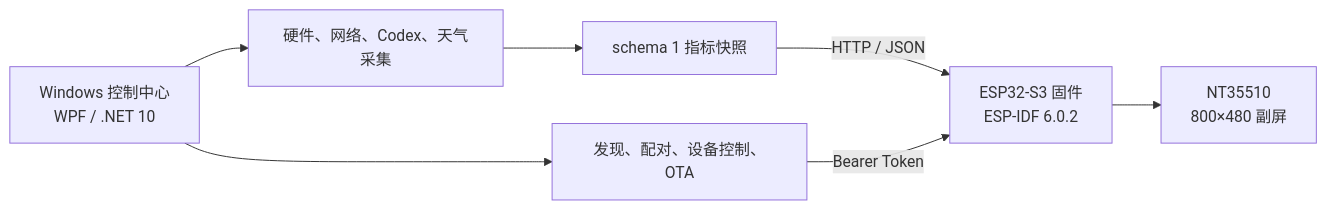
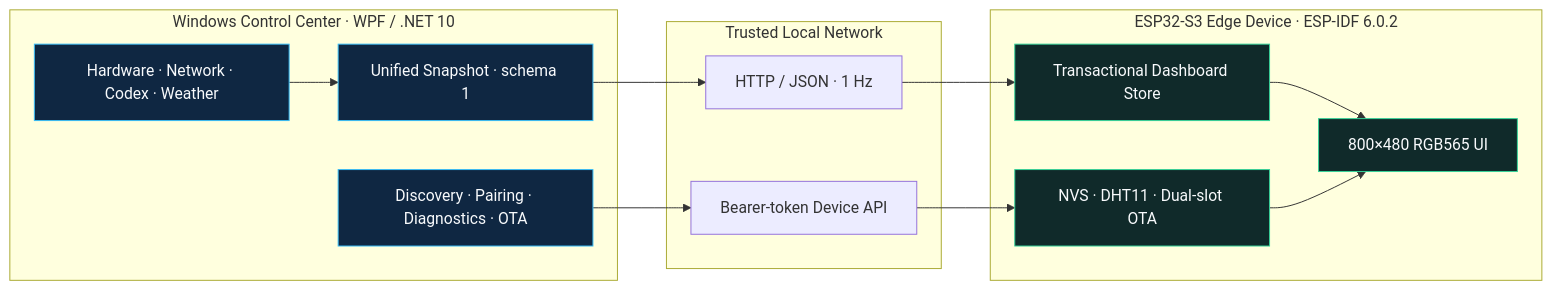
One commit to Solismuchengxue/Solis_Monitor changed the diagram in README.md. Above: the diagram before and after it, drawn with Mermaid. The commit also changed other lines of this file, not shown here.

````diff
--- a/README.md
+++ b/README.md
@@ -37,9 +64,30 @@
 ```mermaid
 flowchart LR
-    A["Windows 控制中心<br/>WPF / .NET 10"] --> B["硬件、网络、Codex、天气采集"]
-    B --> C["schema 1 指标快照"]
-    C -->|"HTTP / JSON"| D["ESP32-S3 固件<br/>ESP-IDF 6.0.2"]
-    A --> E["发现、配对、设备控制、OTA"]
-    E -->|"Bearer Token"| D
-    D --> F["NT35510<br/>800×480 副屏"]
+    subgraph PC["Windows Control Center · WPF / .NET 10"]
+        A["Hardware · Network · Codex · Weather"]
+        B["Unified Snapshot · schema 1"]
+        C["Discovery · Pairing · Diagnostics · OTA"]
+        A --> B
+    end
+
+    subgraph LAN["Trusted Local Network"]
+        D["HTTP / JSON · 1 Hz"]
+        E["Bearer-token Device API"]
+    end
+
+    subgraph EDGE["ESP32-S3 Edge Device · ESP-IDF 6.0.2"]
+        F["Transactional Dashboard Store"]
+        G["800×480 RGB565 UI"]
+        H["NVS · DHT11 · Dual-slot OTA"]
+        F --> G
+        H --> G
+    end
+
+    B --> D --> F
+    C --> E --> H
+
+    classDef source fill:#0f2742,stroke:#38bdf8,color:#f8fafc
+    classDef edge fill:#102a2a,stroke:#34d399,color:#f8fafc
+    class A,B,C source
+    class F,G,H edge
 ```
````
